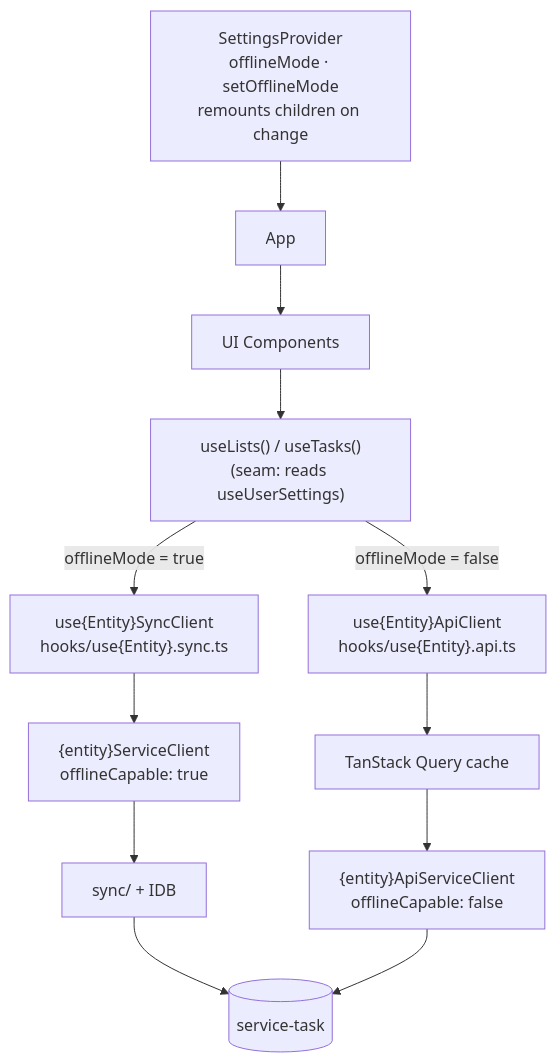
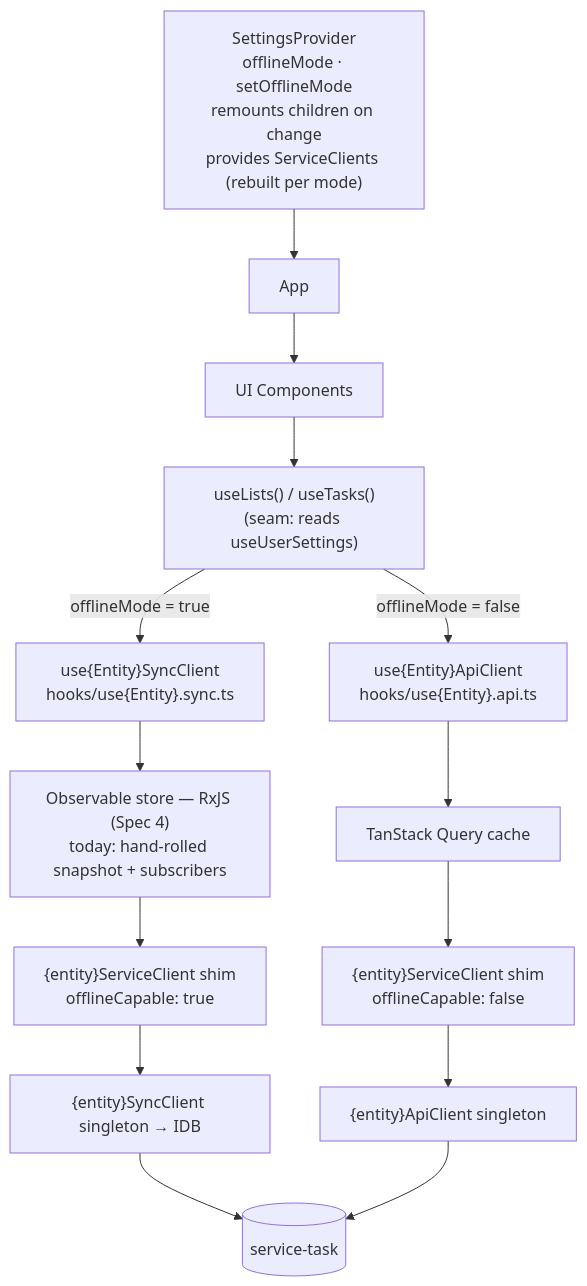
The diagram in docs/initiatives/online-offline-modes/DESIGN.md (jonpham/PSYKL-System), drawn with Mermaid before and after one commit. The commit also changed other lines of this file, not shown here.

First line of the commit message:
docs(initiative): online-offline-modes injected Service Client shims and RxJS sync store

````diff
--- a/docs/initiatives/online-offline-modes/DESIGN.md
+++ b/docs/initiatives/online-offline-modes/DESIGN.md
@@ -40,10 +42,14 @@
 ```mermaid
 flowchart TD
-  SP["SettingsProvider<br/>offlineMode · setOfflineMode<br/>remounts children on change"] --> App
+  SP["SettingsProvider<br/>offlineMode · setOfflineMode<br/>remounts children on change<br/>provides ServiceClients (rebuilt per mode)"] --> App
   App --> C["UI Components"]
   C --> UL["useLists() / useTasks()<br/>(seam: reads useUserSettings)"]
   UL -- "offlineMode = true" --> SC["use{Entity}SyncClient<br/>hooks/use{Entity}.sync.ts"]
   UL -- "offlineMode = false" --> AC["use{Entity}ApiClient<br/>hooks/use{Entity}.api.ts"]
-  SC --> SSC["{entity}ServiceClient<br/>offlineCapable: true"] --> SYNC["sync/ + IDB"] --> API[(service-task)]
-  AC --> TQ["TanStack Query cache"] --> DSC["{entity}ApiServiceClient<br/>offlineCapable: false"] --> API
+  SC --> RX["Observable store — RxJS (Spec 4)<br/>today: hand-rolled snapshot + subscribers"]
+  AC --> TQ["TanStack Query cache"]
+  RX --> SSC["{entity}ServiceClient shim<br/>offlineCapable: true"]
+  TQ --> DSC["{entity}ServiceClient shim<br/>offlineCapable: false"]
+  SSC --> SYNCC["{entity}SyncClient singleton → IDB"] --> API[(service-task)]
+  DSC --> APIC["{entity}ApiClient singleton"] --> API
 ```
````
